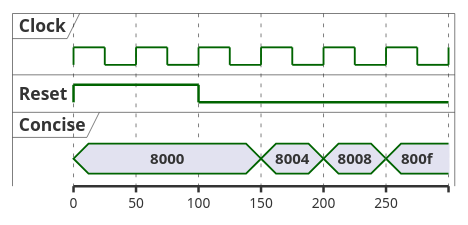
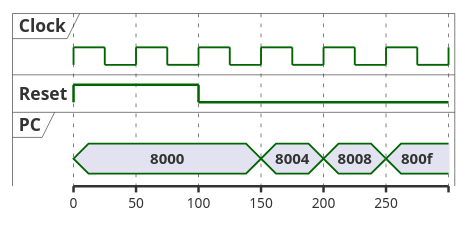
One commit to Clo91eaf/hemu changed the first of 3 diagrams in doc/plantuml.md. Above: the diagram before and after it, drawn with PlantUML. The commit also changed other lines of this file and 4 other files, not shown here.

First line of the commit message:
feat: Add PC alias for Concise signal in PlantUML documentation

````diff
--- a/doc/plantuml.md
+++ b/doc/plantuml.md
@@ -3,23 +3,23 @@
 ```plantuml
 ' !theme materia-outline
 
 clock   "Clock"   as C0 with period 50
 binary  "Reset"  as B
-concise "Concise" as C
+concise "PC" as C
 
 @0
 B is high
 C is 8000
 
 @100
 B is low
 
 @150
 C is 8004
 
 @200
 C is 8008
 
 @250
 C is 800f
 ```
````
